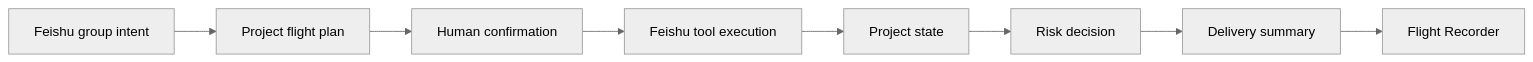
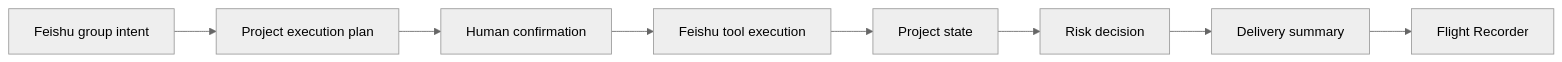
Before and after one commit to DeliciousBuding/pilot-flow: the diagram in docs/ROADMAP.md, drawn with Mermaid (neutral theme). The commit also changed other lines of this file and 52 other files, not shown here.

````diff
--- a/docs/ROADMAP.md
+++ b/docs/ROADMAP.md
@@ -11,10 +11,10 @@
 ```mermaid
 flowchart LR
-    A["Feishu group intent"] --> B["Project flight plan"]
+    A["Feishu group intent"] --> B["Project execution plan"]
     B --> C["Human confirmation"]
     C --> D["Feishu tool execution"]
     D --> E["Project state"]
     E --> F["Risk decision"]
     F --> G["Delivery summary"]
     G --> H["Flight Recorder"]
 ```
````
